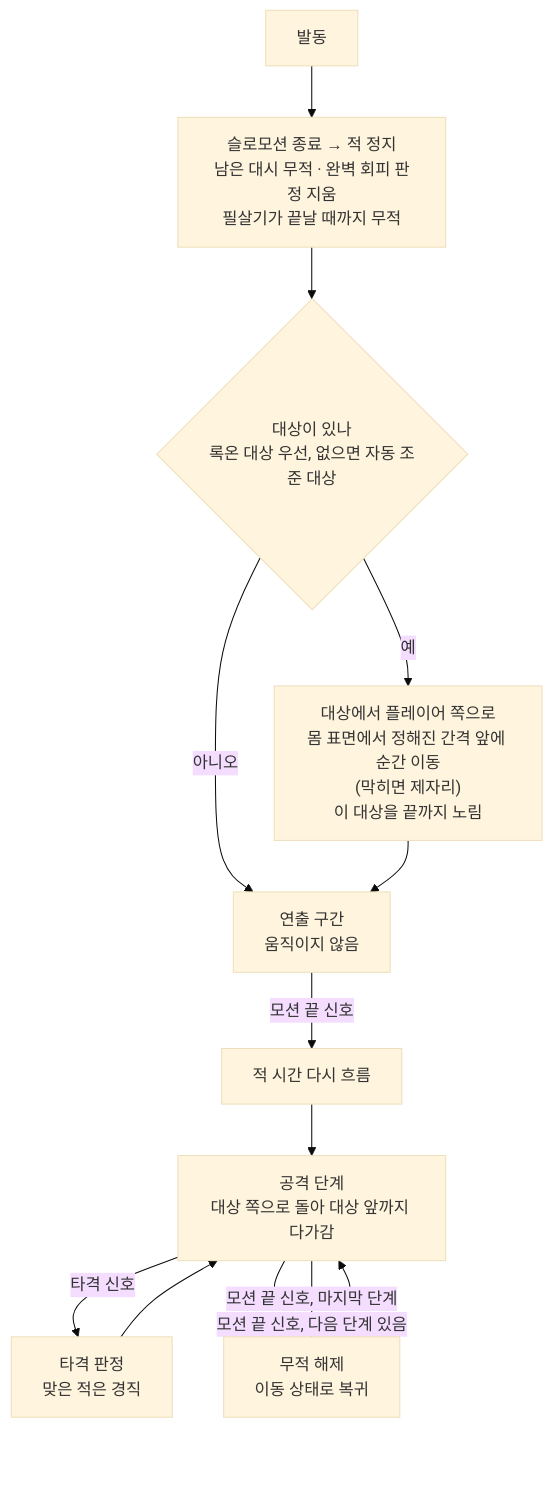
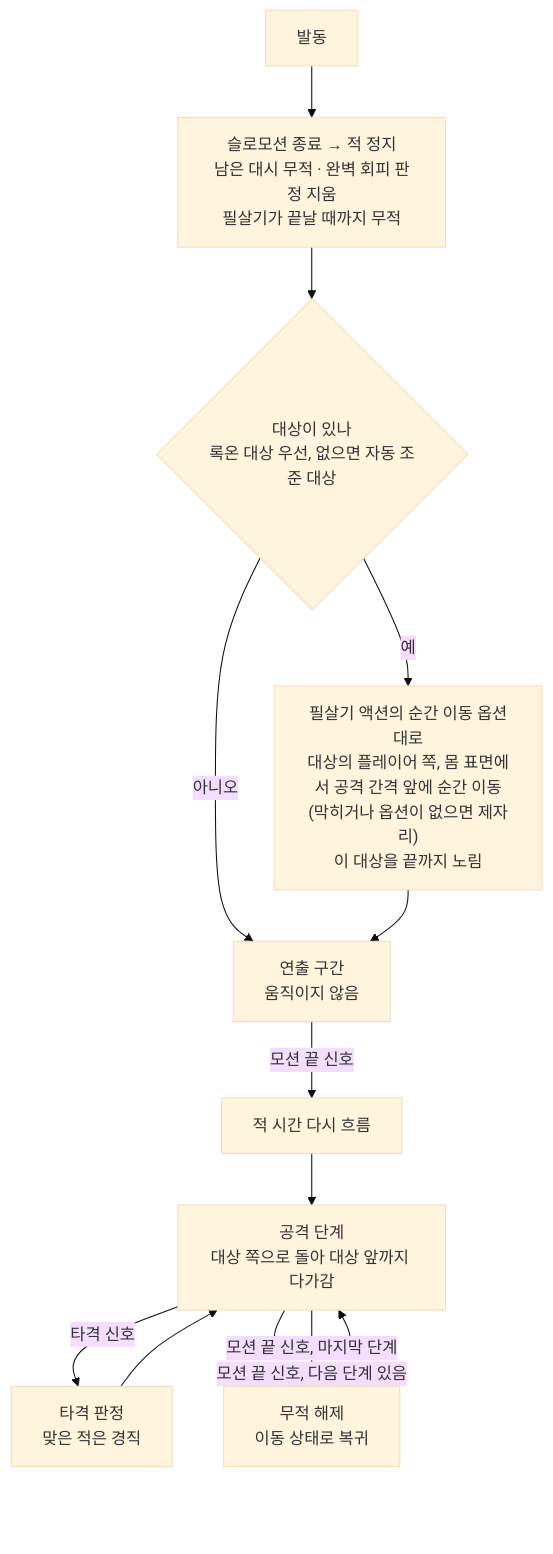
One commit to SquashPrince/Develrocket_mp15_HHH changed the second of 3 diagrams in Docs/Technical/Player/PlayerUltimate.md. Above: the diagram before and after it, drawn with Mermaid (base theme). The commit also changed other lines of this file and 7 other files, not shown here.

````diff
--- a/Docs/Technical/Player/PlayerUltimate.md
+++ b/Docs/Technical/Player/PlayerUltimate.md
@@ -46,14 +50,14 @@
 ```mermaid
 flowchart TD
     S["발동"] --> E["슬로모션 종료 → 적 정지<br>남은 대시 무적 · 완벽 회피 판정 지움<br>필살기가 끝날 때까지 무적"]
     E --> T{"대상이 있나<br>록온 대상 우선, 없으면 자동 조준 대상"}
-    T -->|"예"| M["대상에서 플레이어 쪽으로<br>몸 표면에서 정해진 간격 앞에 순간 이동<br>(막히면 제자리)<br>이 대상을 끝까지 노림"]
+    T -->|"예"| M["필살기 액션의 순간 이동 옵션대로<br>대상의 플레이어 쪽, 몸 표면에서 공격 간격 앞에 순간 이동<br>(막히거나 옵션이 없으면 제자리)<br>이 대상을 끝까지 노림"]
     T -->|"아니오"| C
     M --> C["연출 구간<br>움직이지 않음"]
     C -->|"모션 끝 신호"| R["적 시간 다시 흐름"]
     R --> A["공격 단계<br>대상 쪽으로 돌아 대상 앞까지 다가감"]
     A -->|"타격 신호"| H["타격 판정<br>맞은 적은 경직"]
     H --> A
     A -->|"모션 끝 신호, 다음 단계 있음"| A
     A -->|"모션 끝 신호, 마지막 단계"| L["무적 해제<br>이동 상태로 복귀"]
 ```
````
